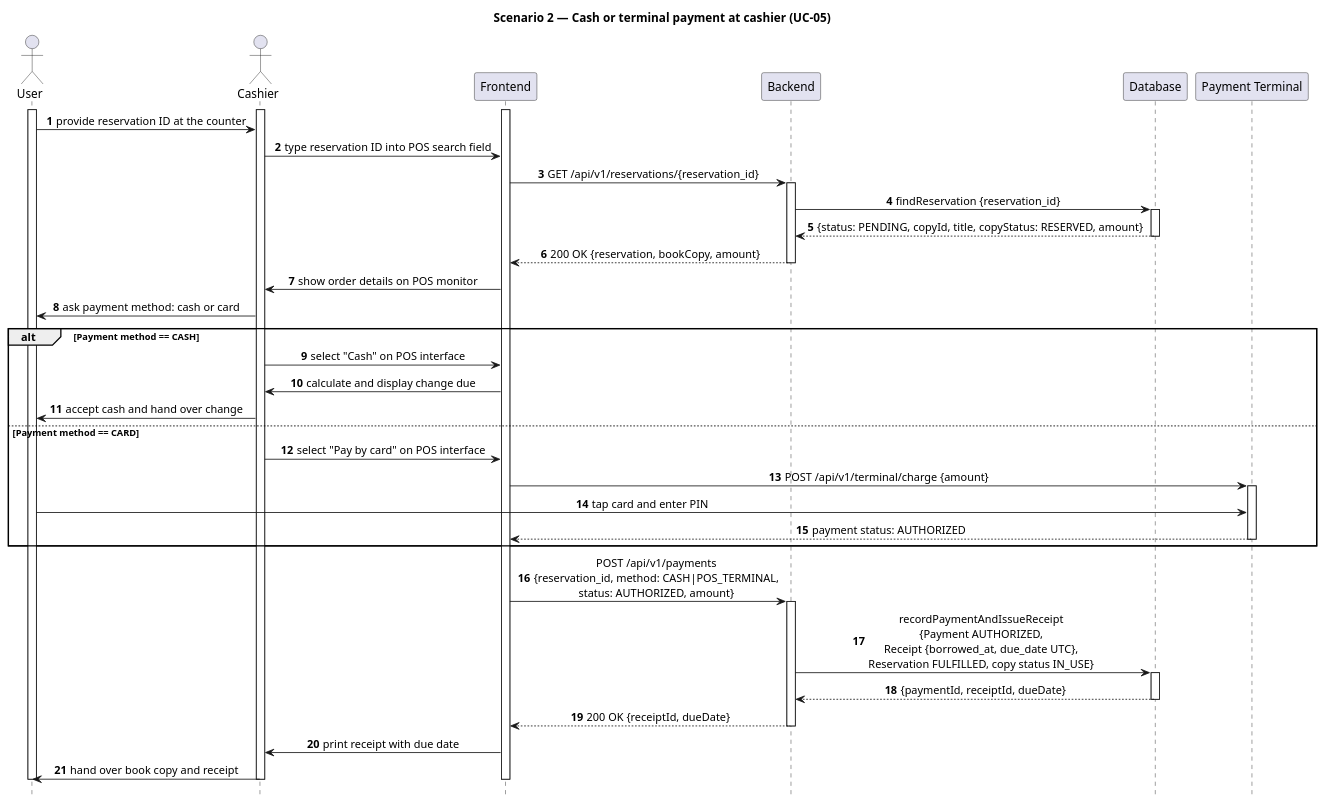
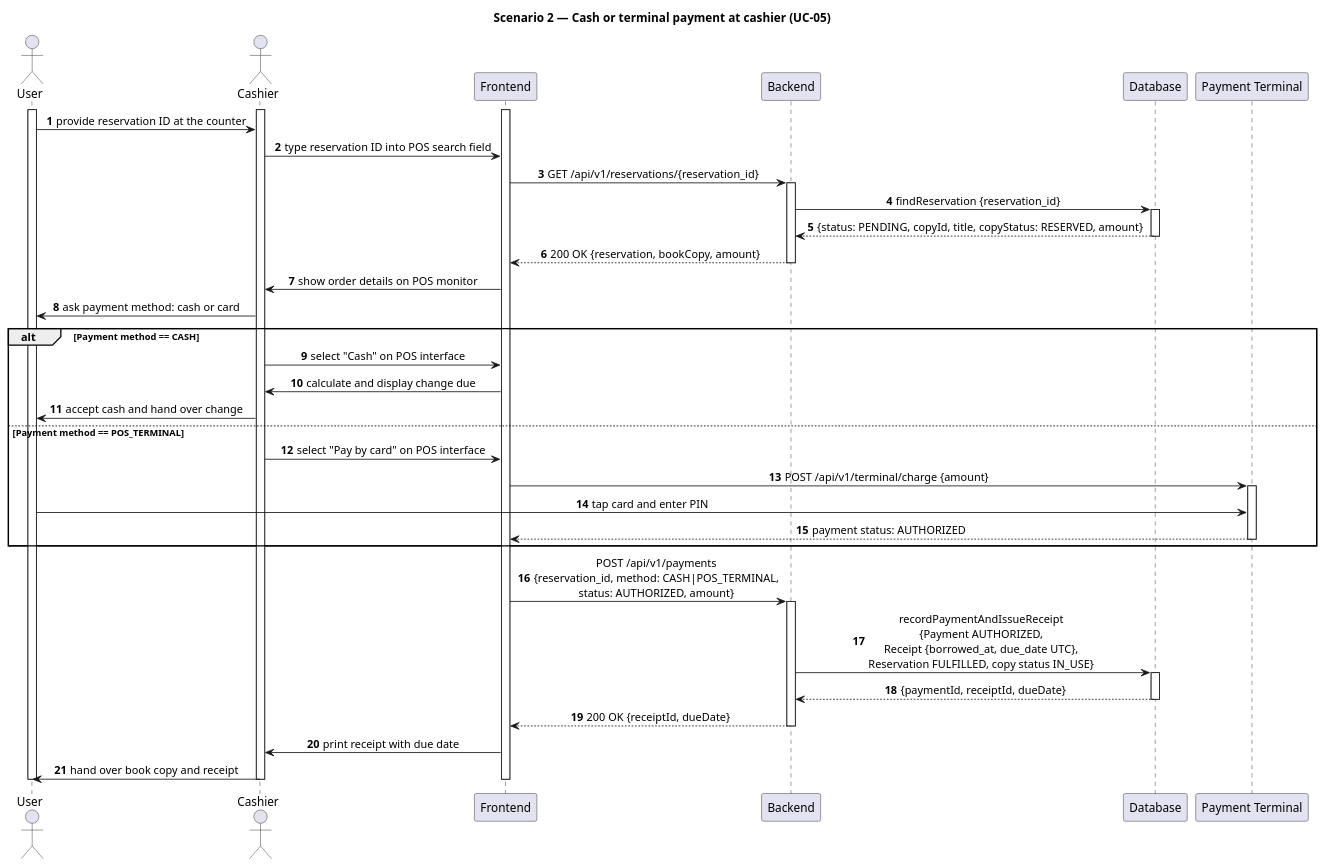
One commit to dimpennn/KPI-2 changed the diagram in Lab3/artifacts/scenario-2.puml. Above: the diagram before and after it, drawn with PlantUML. The commit also changed 3 other files, not shown here.

```diff
--- a/Lab3/artifacts/scenario-2.puml
+++ b/Lab3/artifacts/scenario-2.puml
@@ -1,62 +1,61 @@
 @startuml
 title Scenario 2 — Cash or terminal payment at cashier (UC-05)
 skinparam sequenceMessageAlign center
-hide footbox
 
 actor "User" as User
 actor "Cashier" as Cashier
 participant "Frontend" as Frontend
 participant "Backend" as Backend
 participant "Database" as Database
 participant "Payment Terminal" as Terminal
 
 autonumber
 
 activate User
 activate Cashier
 activate Frontend
 
 User -> Cashier: provide reservation ID at the counter
 Cashier -> Frontend: type reservation ID into POS search field
 
 Frontend -> Backend: GET /api/v1/reservations/{reservation_id}
 activate Backend
 Backend -> Database: findReservation {reservation_id}
 activate Database
 Database --> Backend: {status: PENDING, copyId, title, copyStatus: RESERVED, amount}
 deactivate Database
 Backend --> Frontend: 200 OK {reservation, bookCopy, amount}
 deactivate Backend
 
 Frontend -> Cashier: show order details on POS monitor
 Cashier -> User: ask payment method: cash or card
 
 alt Payment method == CASH
   Cashier -> Frontend: select "Cash" on POS interface
   Frontend -> Cashier: calculate and display change due
   Cashier -> User: accept cash and hand over change
-else Payment method == CARD
+else Payment method == POS_TERMINAL
   Cashier -> Frontend: select "Pay by card" on POS interface
   Frontend -> Terminal: POST /api/v1/terminal/charge {amount}
   activate Terminal
   User -> Terminal: tap card and enter PIN
   Terminal --> Frontend: payment status: AUTHORIZED
   deactivate Terminal
 end
 
 Frontend -> Backend: POST /api/v1/payments\n{reservation_id, method: CASH|POS_TERMINAL,\nstatus: AUTHORIZED, amount}
 activate Backend
 Backend -> Database: recordPaymentAndIssueReceipt\n{Payment AUTHORIZED,\nReceipt {borrowed_at, due_date UTC},\nReservation FULFILLED, copy status IN_USE}
 activate Database
 Database --> Backend: {paymentId, receiptId, dueDate}
 deactivate Database
 Backend --> Frontend: 200 OK {receiptId, dueDate}
 deactivate Backend
 
 Frontend -> Cashier: print receipt with due date
 Cashier -> User: hand over book copy and receipt
 
 deactivate Cashier
 deactivate Frontend
 deactivate User
 @enduml
```
